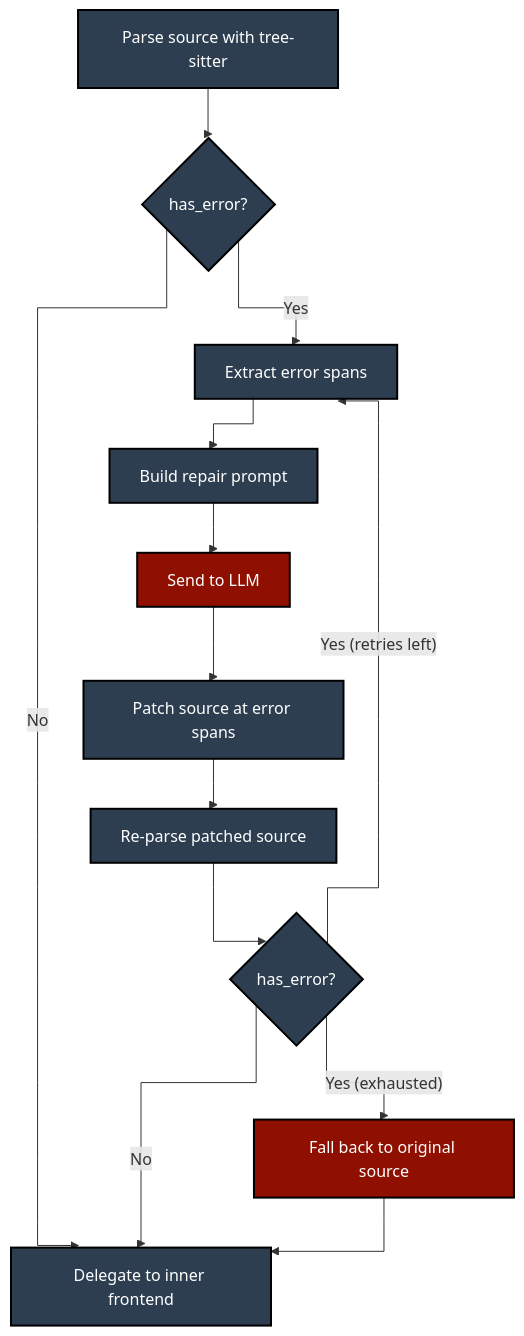
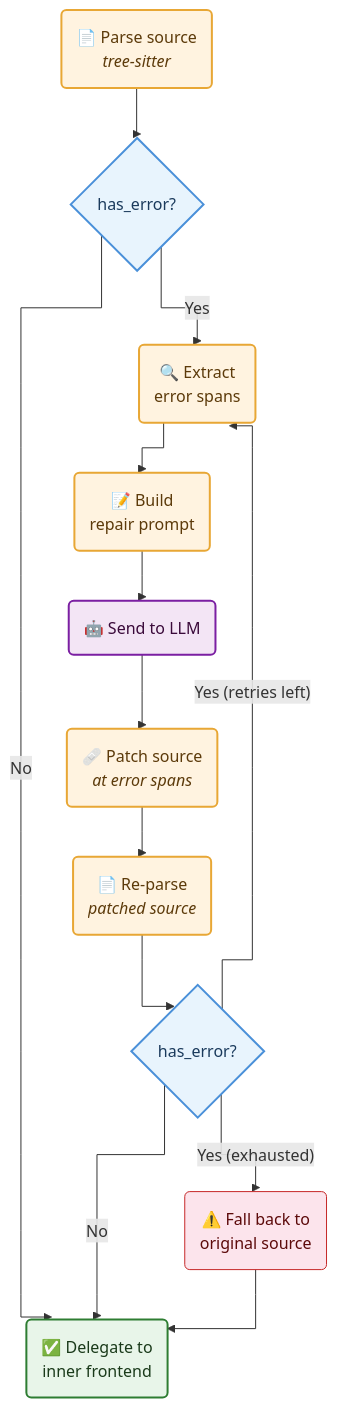
One commit to asengupta/avishek.net changed the third of 9 diagrams in _posts/2026-03-01-designing-reddragon-multi-language-code-analysis.md. Above: the diagram before and after it, drawn with Mermaid. The commit also changed other lines of this file and 2 other files, not shown here.

First line of the commit message:
Beautify mermaid diagrams across all three posts, add Tools section and execution loop

````diff
--- a/_posts/2026-03-01-designing-reddragon-multi-language-code-analysis.md
+++ b/_posts/2026-03-01-designing-reddragon-multi-language-code-analysis.md
@@ -322,26 +326,29 @@
 ```mermaid
 %%{ init: { "flowchart": { "curve": "stepBefore" } } }%%
 flowchart TD
-    parse["Parse source with tree-sitter"]-->check{"has_error?"}
-    check-->|No|delegate["Delegate to inner frontend"]
-    check-->|Yes|extract["Extract error spans"]
-    extract-->prompt["Build repair prompt"]
-    prompt-->llm["Send to LLM"]
-    llm-->patch["Patch source at error spans"]
-    patch-->reparse["Re-parse patched source"]
-    reparse-->recheck{"has_error?"}
-    recheck-->|No|delegate
-    recheck-->|"Yes (retries left)"|extract
-    recheck-->|"Yes (exhausted)"|fallback["Fall back to original source"]
-    fallback-->delegate
-    style parse fill:#2c3e50,stroke:#000,stroke-width:2px,color:#fff
-    style check fill:#2c3e50,stroke:#000,stroke-width:2px,color:#fff
-    style delegate fill:#2c3e50,stroke:#000,stroke-width:2px,color:#fff
-    style extract fill:#2c3e50,stroke:#000,stroke-width:2px,color:#fff
-    style prompt fill:#2c3e50,stroke:#000,stroke-width:2px,color:#fff
-    style llm fill:#8f0f00,stroke:#000,stroke-width:2px,color:#fff
-    style patch fill:#2c3e50,stroke:#000,stroke-width:2px,color:#fff
-    style reparse fill:#2c3e50,stroke:#000,stroke-width:2px,color:#fff
-    style recheck fill:#2c3e50,stroke:#000,stroke-width:2px,color:#fff
-    style fallback fill:#8f0f00,stroke:#000,stroke-width:2px,color:#fff
+    parse("📄 Parse source<br/><i>tree-sitter</i>"):::step
+    check{"has_error?"}:::decide
+    delegate("✅ Delegate to<br/>inner frontend"):::success
+    extract("🔍 Extract<br/>error spans"):::step
+    prompt("📝 Build<br/>repair prompt"):::step
+    llm("🤖 Send to LLM"):::llm
+    patch("🩹 Patch source<br/><i>at error spans</i>"):::step
+    reparse("📄 Re-parse<br/><i>patched source</i>"):::step
+    recheck{"has_error?"}:::decide
+    fallback("⚠️ Fall back to<br/>original source"):::fallback
+
+    parse --> check
+    check -->|"No"| delegate
+    check -->|"Yes"| extract
+    extract --> prompt --> llm --> patch --> reparse --> recheck
+    recheck -->|"No"| delegate
+    recheck -->|"Yes (retries left)"| extract
+    recheck -->|"Yes (exhausted)"| fallback
+    fallback --> delegate
+
+    classDef step fill:#fff3e0,stroke:#e8a735,stroke-width:2px,color:#5c3a0a
+    classDef decide fill:#e8f4fd,stroke:#4a90d9,stroke-width:2px,color:#1a3a5c
+    classDef llm fill:#f3e5f5,stroke:#7b1fa2,stroke-width:2px,color:#3a0a3a
+    classDef success fill:#e8f5e9,stroke:#2e7d32,stroke-width:2px,color:#1a3a1a
+    classDef fallback fill:#fce4ec,stroke:#c62828,stroke-width:1px,color:#5c0a0a
 ```
````
